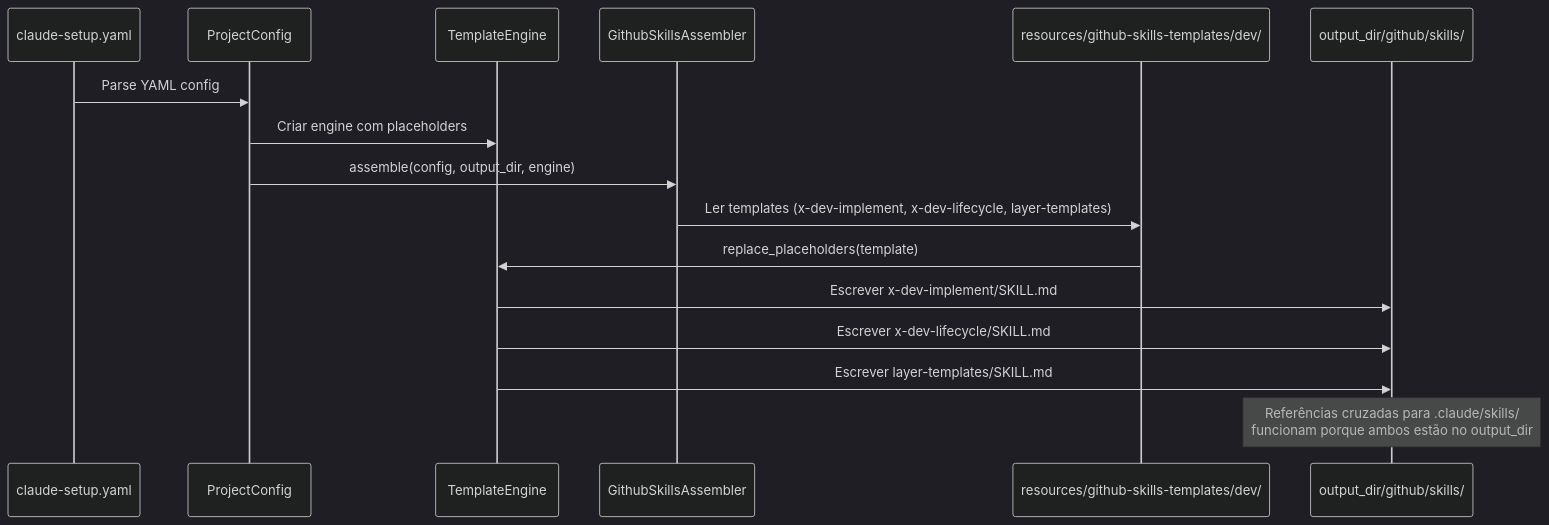
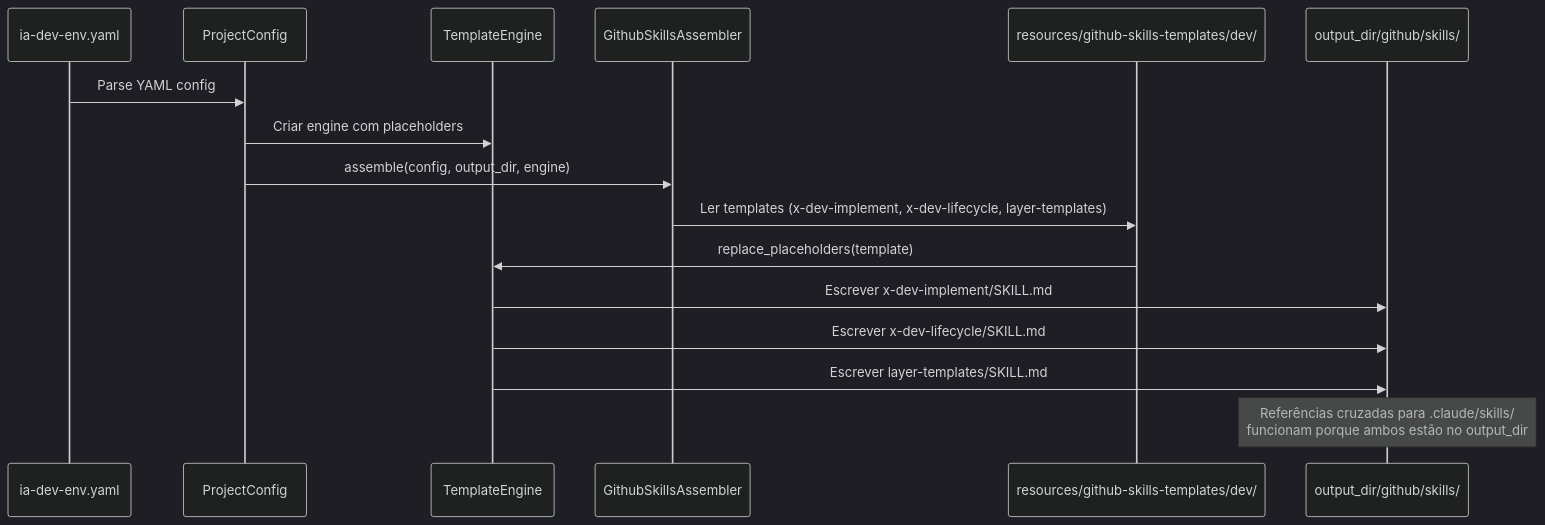
The first of 2 diagrams in docs/stories/github-structure/STORY-004.md (edercnj/ia-dev-environment), drawn with Mermaid (dark theme) before and after one commit. The commit also changed other lines of this file and 196 other files, not shown here.

First line of the commit message:
refactor: rename internal Python package from claude_setup to ia_dev_env

````diff
--- a/docs/stories/github-structure/STORY-004.md
+++ b/docs/stories/github-structure/STORY-004.md
@@ -95,20 +95,20 @@
 ```mermaid
 sequenceDiagram
-    participant Y as claude-setup.yaml
+    participant Y as ia-dev-env.yaml
     participant P as ProjectConfig
     participant E as TemplateEngine
     participant A as GithubSkillsAssembler
     participant T as resources/github-skills-templates/dev/
     participant O as output_dir/github/skills/
 
     Y->>P: Parse YAML config
     P->>E: Criar engine com placeholders
     P->>A: assemble(config, output_dir, engine)
     A->>T: Ler templates (x-dev-implement, x-dev-lifecycle, layer-templates)
     T->>E: replace_placeholders(template)
     E->>O: Escrever x-dev-implement/SKILL.md
     E->>O: Escrever x-dev-lifecycle/SKILL.md
     E->>O: Escrever layer-templates/SKILL.md
 
     Note over O: Referências cruzadas para .claude/skills/<br/>funcionam porque ambos estão no output_dir
 ```
````
